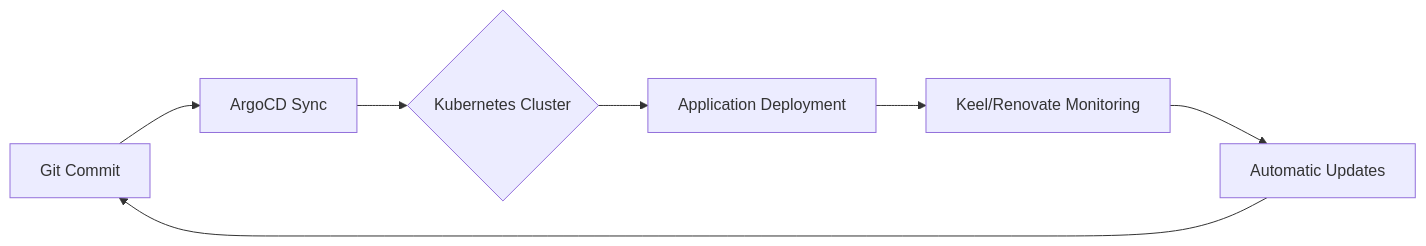
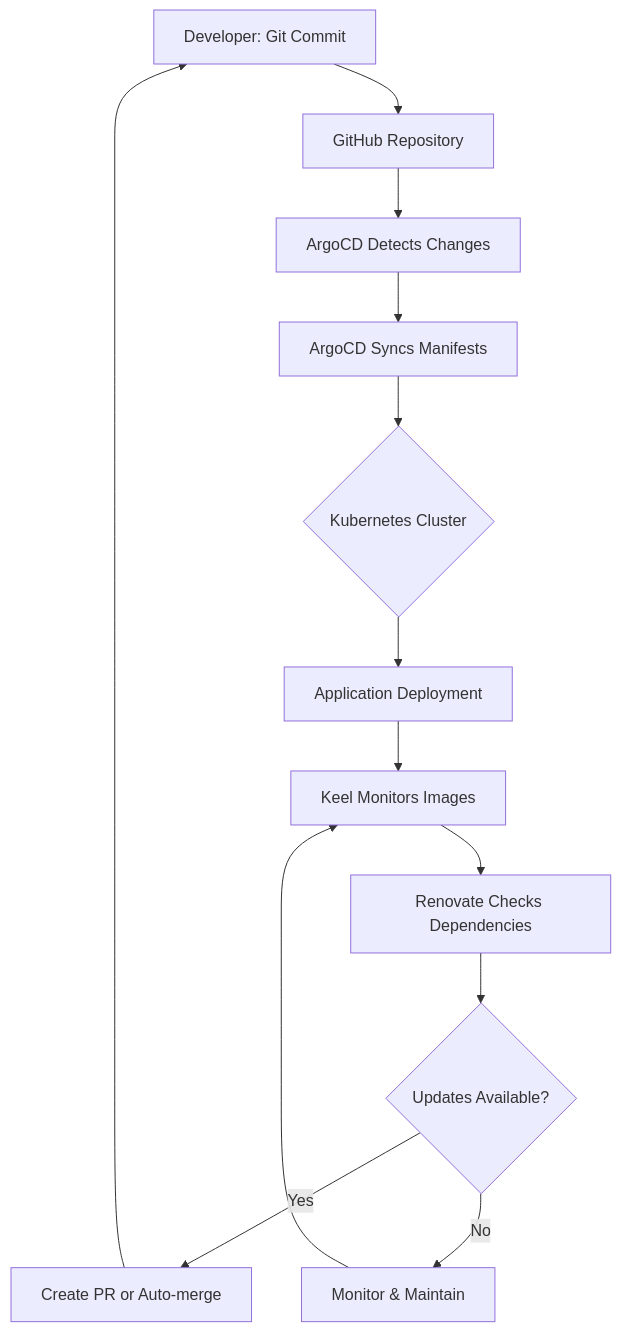
Before and after one commit to YogaNovvaindra/kube: the diagram in readme.md, drawn with Mermaid. The commit also changed other lines of this file and 1 other file, not shown here.

````diff
--- a/readme.md
+++ b/readme.md
@@ -117,9 +233,15 @@
 ```mermaid
-graph LR
-    A[Git Commit] --> B[ArgoCD Sync]
-    B --> C{Kubernetes Cluster}
-    C --> D[Application Deployment]
-    D --> E[Keel/Renovate Monitoring]
-    E --> F[Automatic Updates]
-    F --> A
+graph TB
+    A[Developer: Git Commit] --> B[GitHub Repository]
+    B --> C[ArgoCD Detects Changes]
+    C --> D[ArgoCD Syncs Manifests]
+    D --> E{Kubernetes Cluster}
+    E --> F[Application Deployment]
+    F --> G[Keel Monitors Images]
+    G --> H[Renovate Checks Dependencies]
+    H --> I{Updates Available?}
+    I -->|Yes| J[Create PR or Auto-merge]
+    J --> A
+    I -->|No| K[Monitor & Maintain]
+    K --> G
 ```
````
